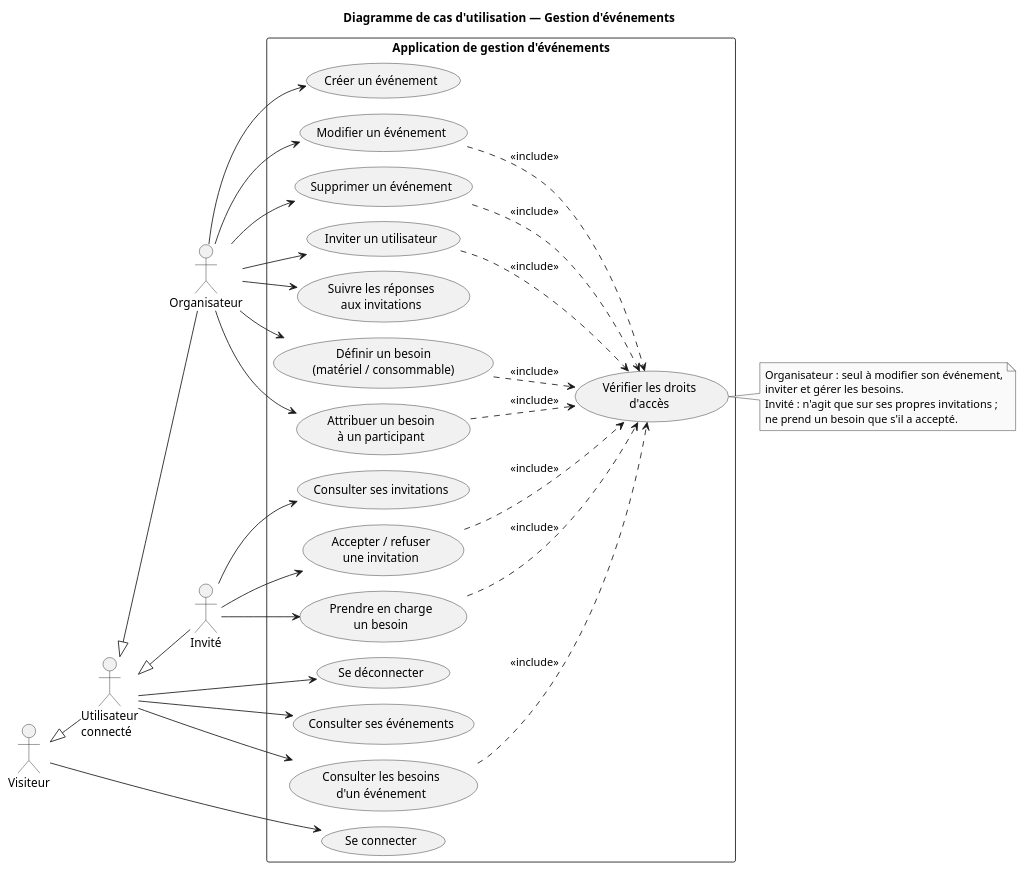
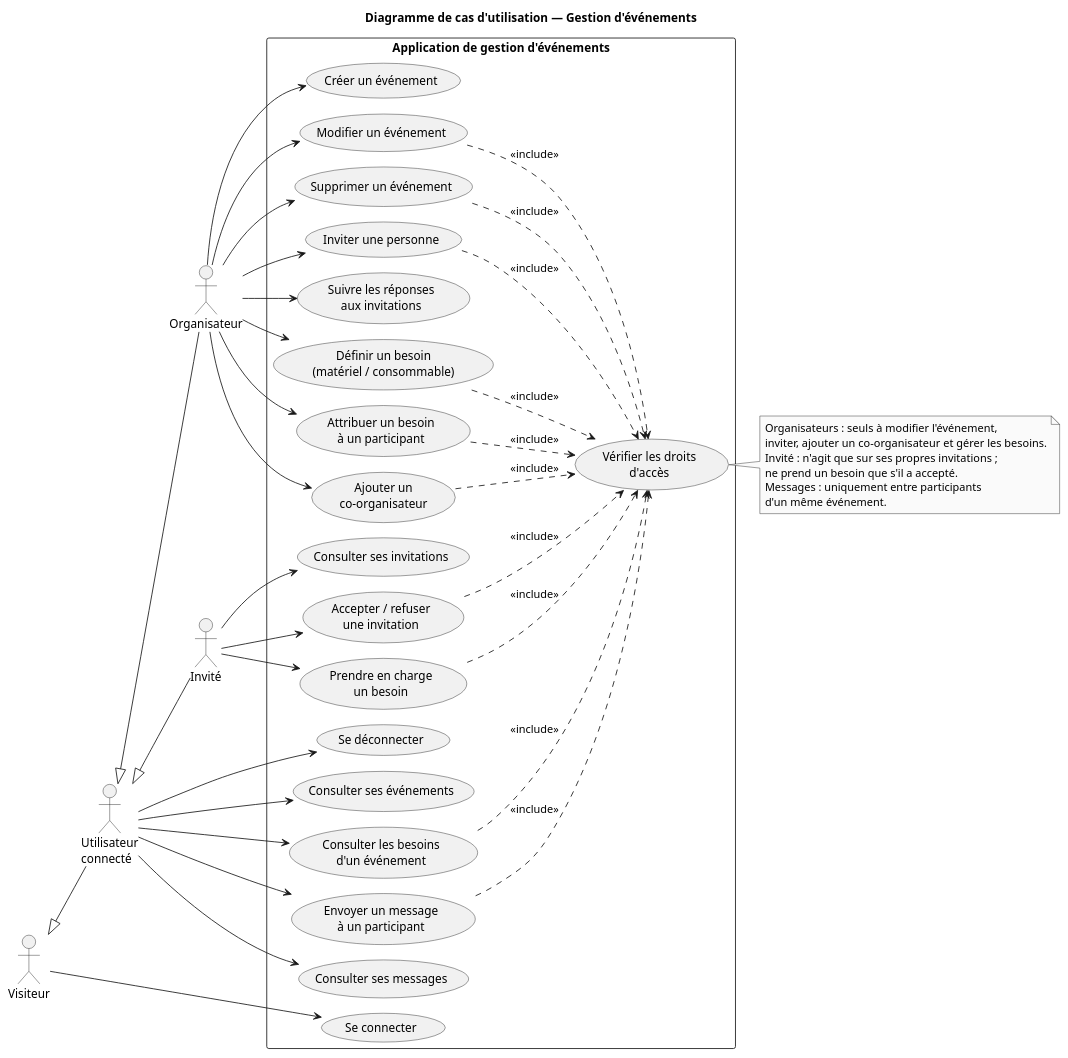
The diagram in doc/uml/cas-utilisation.puml (Tactiis239/gestion-event), drawn with PlantUML before and after one commit. The commit also changed 7 other files, not shown here.

First line of the commit message:
Cahier des charges aligné sur le diagramme de classes

```diff
--- a/doc/uml/cas-utilisation.puml
+++ b/doc/uml/cas-utilisation.puml
@@ -1,73 +1,83 @@
 @startuml cas-utilisation
 !pragma layout smetana
 left to right direction
 skinparam shadowing false
 skinparam packageStyle rectangle
 skinparam monochrome true
 skinparam defaultFontName Helvetica
 
 title Diagramme de cas d'utilisation — Gestion d'événements
 
 actor "Visiteur" as V
 actor "Utilisateur\nconnecté" as U
 actor "Organisateur" as O
 actor "Invité" as I
 
 V <|-- U
 U <|-- O
 U <|-- I
 
 rectangle "Application de gestion d'événements" {
   usecase "Se connecter" as UC1
   usecase "Se déconnecter" as UC2
   usecase "Consulter ses événements" as UC3
 
   usecase "Créer un événement" as UC4
   usecase "Modifier un événement" as UC5
   usecase "Supprimer un événement" as UC6
-  usecase "Inviter un utilisateur" as UC7
+  usecase "Inviter une personne" as UC7
   usecase "Suivre les réponses\naux invitations" as UC8
   usecase "Définir un besoin\n(matériel / consommable)" as UC9
   usecase "Attribuer un besoin\nà un participant" as UC10
+  usecase "Ajouter un\nco-organisateur" as UC15
 
   usecase "Consulter ses invitations" as UC11
   usecase "Accepter / refuser\nune invitation" as UC12
   usecase "Prendre en charge\nun besoin" as UC13
   usecase "Consulter les besoins\nd'un événement" as UC14
+  usecase "Envoyer un message\nà un participant" as UC16
+  usecase "Consulter ses messages" as UC17
 
   usecase "Vérifier les droits\nd'accès" as UCD
 }
 
 V --> UC1
 U --> UC2
 U --> UC3
 U --> UC14
+U --> UC16
+U --> UC17
 
 O --> UC4
 O --> UC5
 O --> UC6
 O --> UC7
 O --> UC8
 O --> UC9
 O --> UC10
+O --> UC15
 
 I --> UC11
 I --> UC12
 I --> UC13
 
 UC5 ..> UCD : <<include>>
 UC6 ..> UCD : <<include>>
 UC7 ..> UCD : <<include>>
 UC9 ..> UCD : <<include>>
 UC10 ..> UCD : <<include>>
 UC12 ..> UCD : <<include>>
 UC13 ..> UCD : <<include>>
 UC14 ..> UCD : <<include>>
+UC15 ..> UCD : <<include>>
+UC16 ..> UCD : <<include>>
 
 note right of UCD
-  Organisateur : seul à modifier son événement,
-  inviter et gérer les besoins.
+  Organisateurs : seuls à modifier l'événement,
+  inviter, ajouter un co-organisateur et gérer les besoins.
   Invité : n'agit que sur ses propres invitations ;
   ne prend un besoin que s'il a accepté.
+  Messages : uniquement entre participants
+  d'un même événement.
 end note
 @enduml
```
